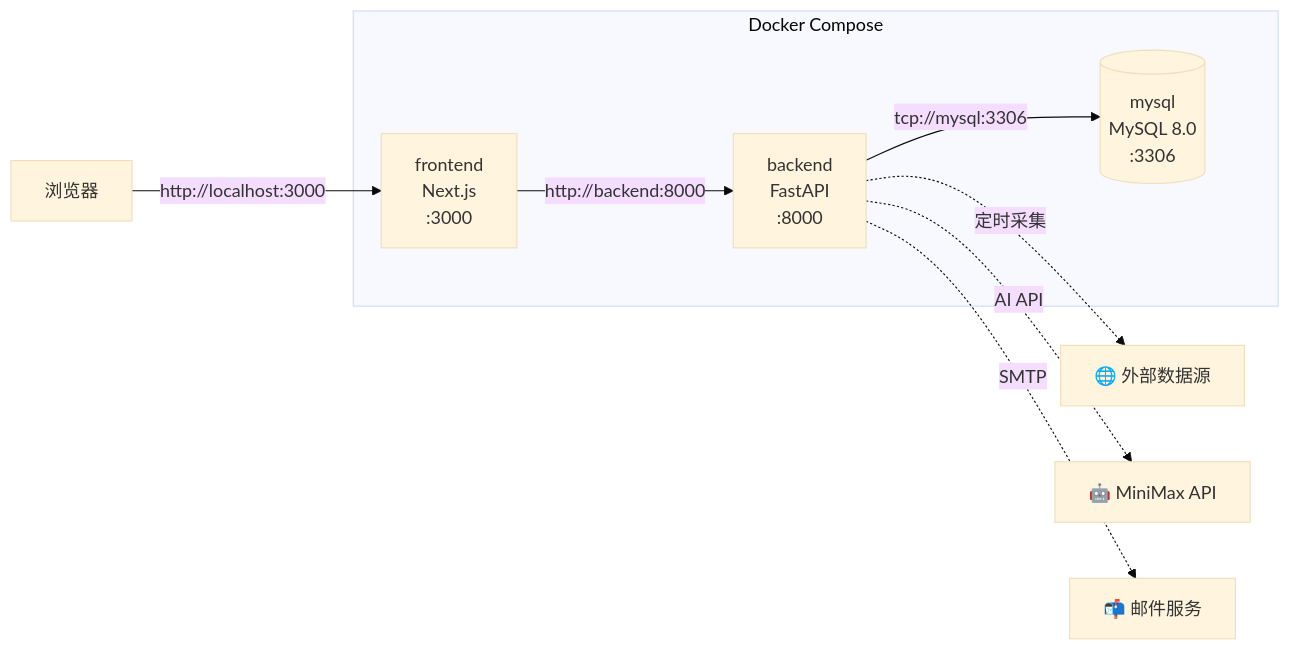
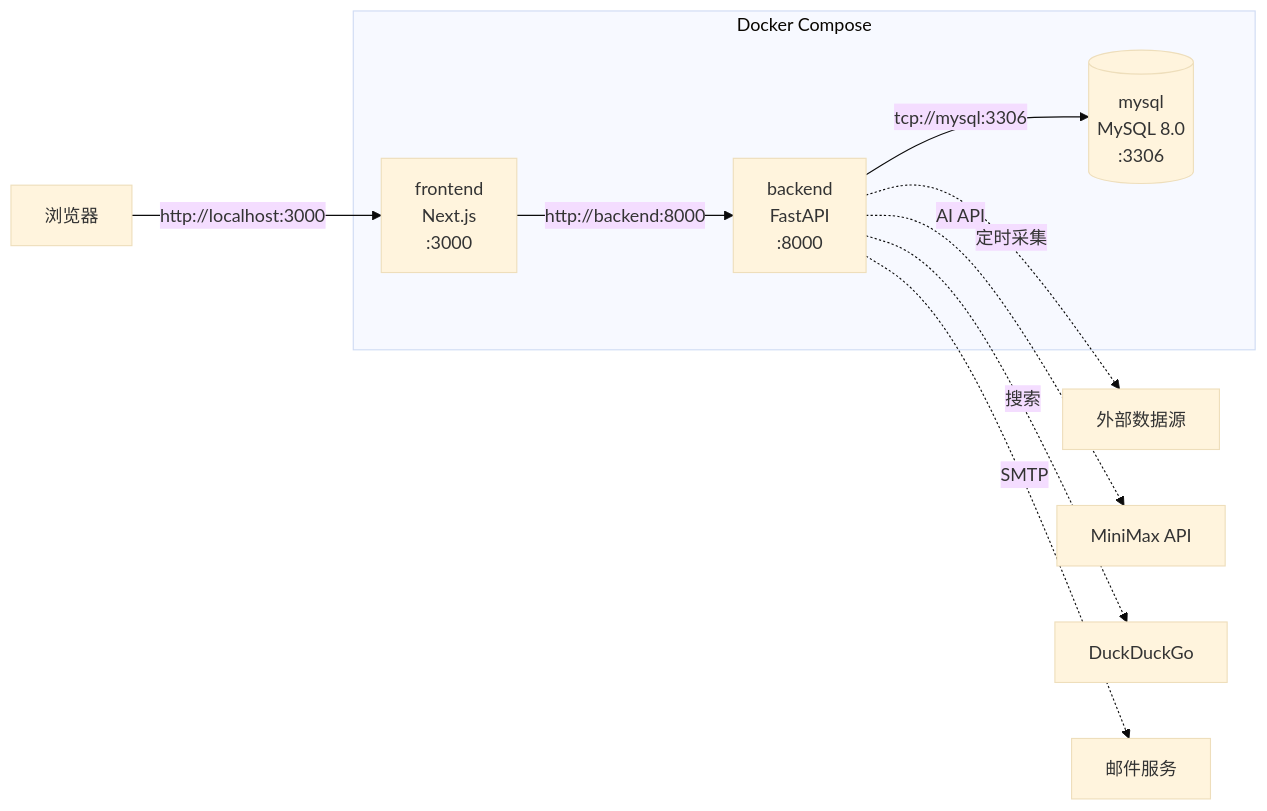
Before and after one commit to JHZhang2736/trendTracker: the sixth of 7 diagrams in docs/ARCHITECTURE.md, drawn with Mermaid (base theme). The commit also changed other lines of this file and 34 other files, not shown here.

````diff
--- a/docs/ARCHITECTURE.md
+++ b/docs/ARCHITECTURE.md
@@ -218,16 +247,17 @@
 ```mermaid
 graph LR
     subgraph compose["Docker Compose"]
         FE[frontend<br/>Next.js<br/>:3000]
         BE[backend<br/>FastAPI<br/>:8000]
         DB[(mysql<br/>MySQL 8.0<br/>:3306)]
     end
 
     Browser[浏览器] -->|http://localhost:3000| FE
     FE -->|http://backend:8000| BE
     BE -->|tcp://mysql:3306| DB
 
-    BE -.->|定时采集| Internet[🌐 外部数据源]
-    BE -.->|AI API| LLMAPI[🤖 MiniMax API]
-    BE -.->|SMTP| EmailSrv[📬 邮件服务]
+    BE -.->|定时采集| Internet[外部数据源]
+    BE -.->|AI API| LLMAPI[MiniMax API]
+    BE -.->|搜索| SearchAPI[DuckDuckGo]
+    BE -.->|SMTP| EmailSrv[邮件服务]
 ```
````
